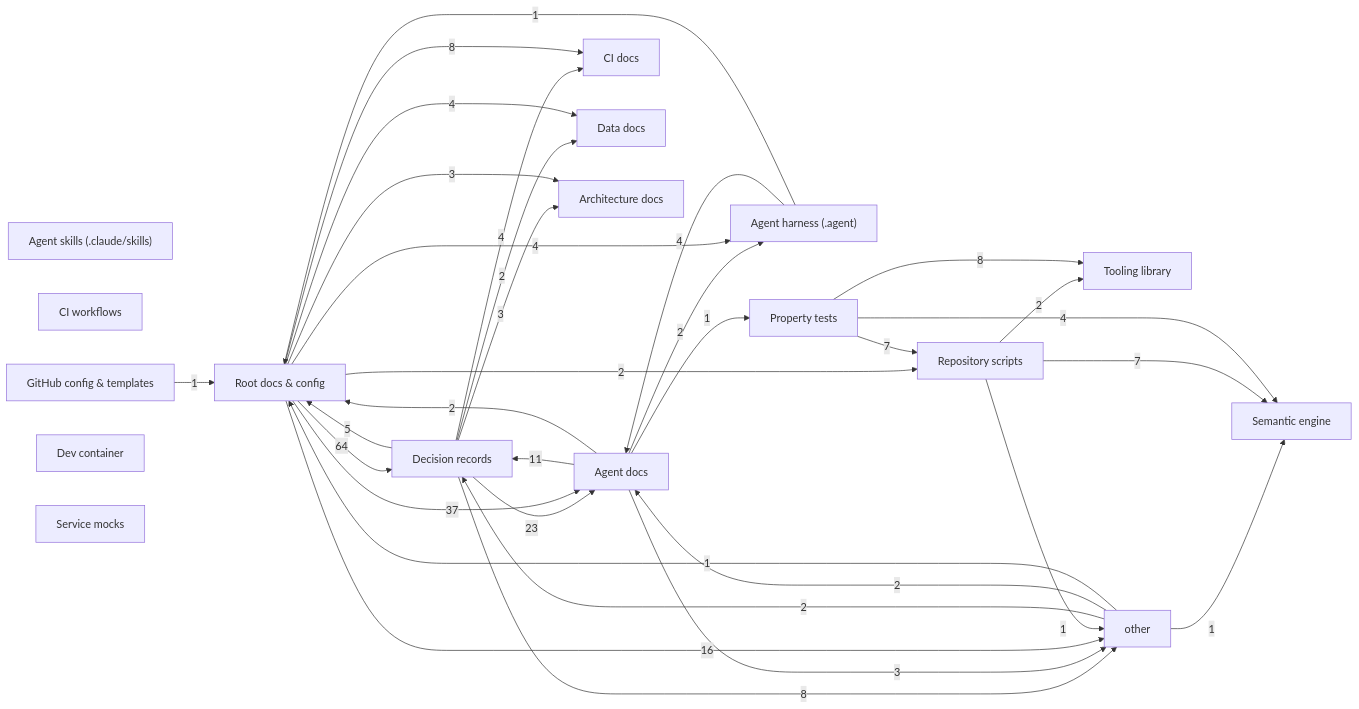
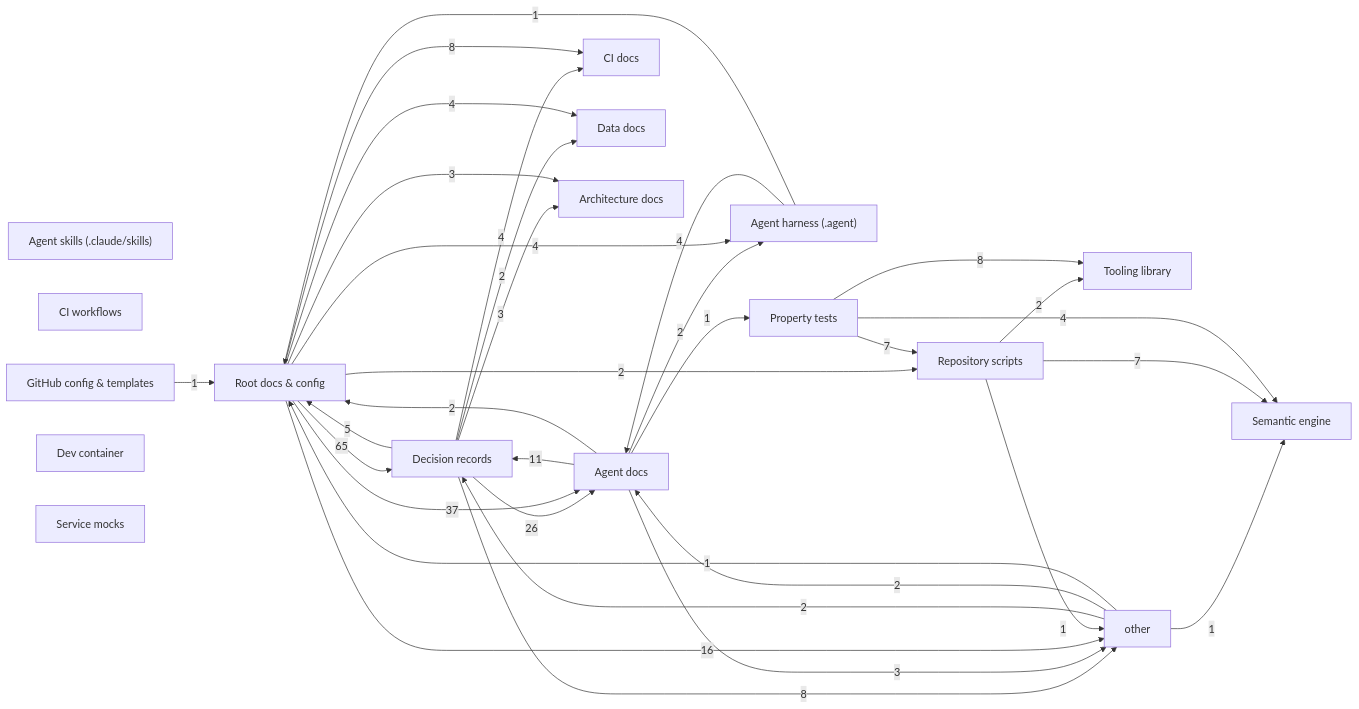
The diagram in docs/architecture/graph.md (sayedelazameydesign-crypto/ui), drawn with Mermaid before and after one commit. The commit also changed other lines of this file and 9 other files, not shown here.

````diff
--- a/docs/architecture/graph.md
+++ b/docs/architecture/graph.md
@@ -11,51 +11,51 @@
 ```mermaid
 graph LR
   root["Root docs & config"]
   agent_harness["Agent harness (.agent)"]
   skills["Agent skills (.claude/skills)"]
   workflows["CI workflows"]
   github_config["GitHub config & templates"]
   sandbox["Dev container"]
   adr["Decision records"]
   docs_agents["Agent docs"]
   docs_ci["CI docs"]
   docs_data["Data docs"]
   docs_arch["Architecture docs"]
   semantic["Semantic engine"]
   tooling_lib["Tooling library"]
   scripts["Repository scripts"]
   tests["Property tests"]
   mocks["Service mocks"]
-  adr -->|23| docs_agents
+  adr -->|26| docs_agents
   adr -->|3| docs_arch
   adr -->|4| docs_ci
   adr -->|2| docs_data
   adr -->|8| other
   adr -->|5| root
   agent_harness -->|4| docs_agents
   agent_harness -->|1| root
   docs_agents -->|11| adr
   docs_agents -->|2| agent_harness
   docs_agents -->|3| other
   docs_agents -->|2| root
   docs_agents -->|1| tests
   github_config -->|1| root
   other -->|2| adr
   other -->|2| docs_agents
   other -->|1| root
   other -->|1| semantic
-  root -->|64| adr
+  root -->|65| adr
   root -->|4| agent_harness
   root -->|37| docs_agents
   root -->|3| docs_arch
   root -->|8| docs_ci
   root -->|4| docs_data
   root -->|16| other
   root -->|2| scripts
   scripts -->|1| other
   scripts -->|7| semantic
   scripts -->|2| tooling_lib
   tests -->|7| scripts
   tests -->|4| semantic
   tests -->|8| tooling_lib
 ```
````
